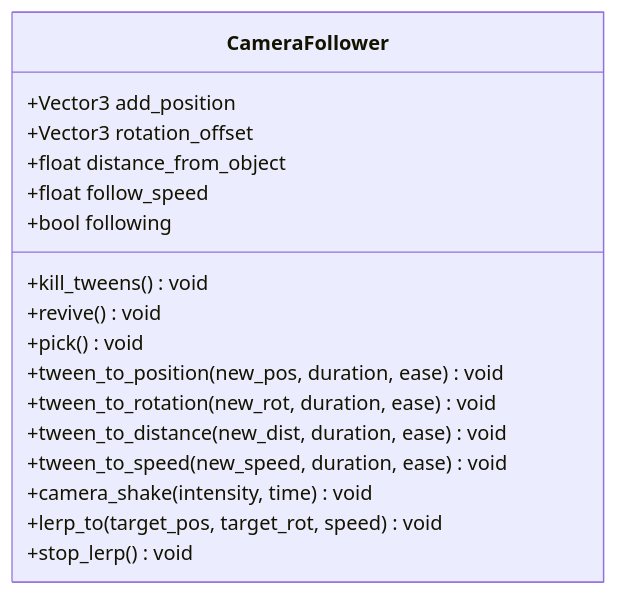
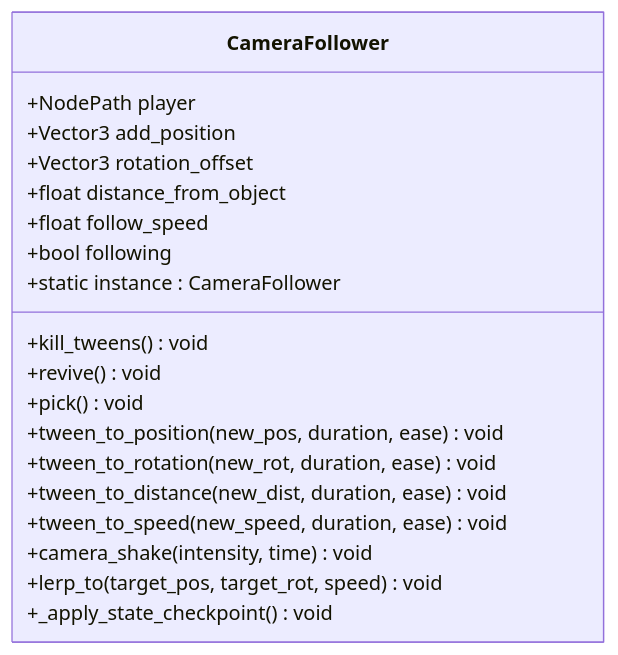
One commit to godotline/godot-line changed the fourth of 7 diagrams in .qoder/repowiki/zh/content/游戏系统/触发器系统/相机触发器.md. Above: the diagram before and after it, drawn with Mermaid. The commit also changed other lines of this file and 10 other files, not shown here.

````diff
--- a/.qoder/repowiki/zh/content/游戏系统/触发器系统/相机触发器.md
+++ b/.qoder/repowiki/zh/content/游戏系统/触发器系统/相机触发器.md
@@ -271,20 +259,22 @@
 ```mermaid
 classDiagram
 class CameraFollower {
++NodePath player
 +Vector3 add_position
 +Vector3 rotation_offset
 +float distance_from_object
 +float follow_speed
 +bool following
++static instance : CameraFollower
 +kill_tweens() void
 +revive() void
 +pick() void
 +tween_to_position(new_pos, duration, ease) void
 +tween_to_rotation(new_rot, duration, ease) void
 +tween_to_distance(new_dist, duration, ease) void
 +tween_to_speed(new_speed, duration, ease) void
 +camera_shake(intensity, time) void
 +lerp_to(target_pos, target_rot, speed) void
-+stop_lerp() void
++_apply_state_checkpoint() void
 }
 ```
````
